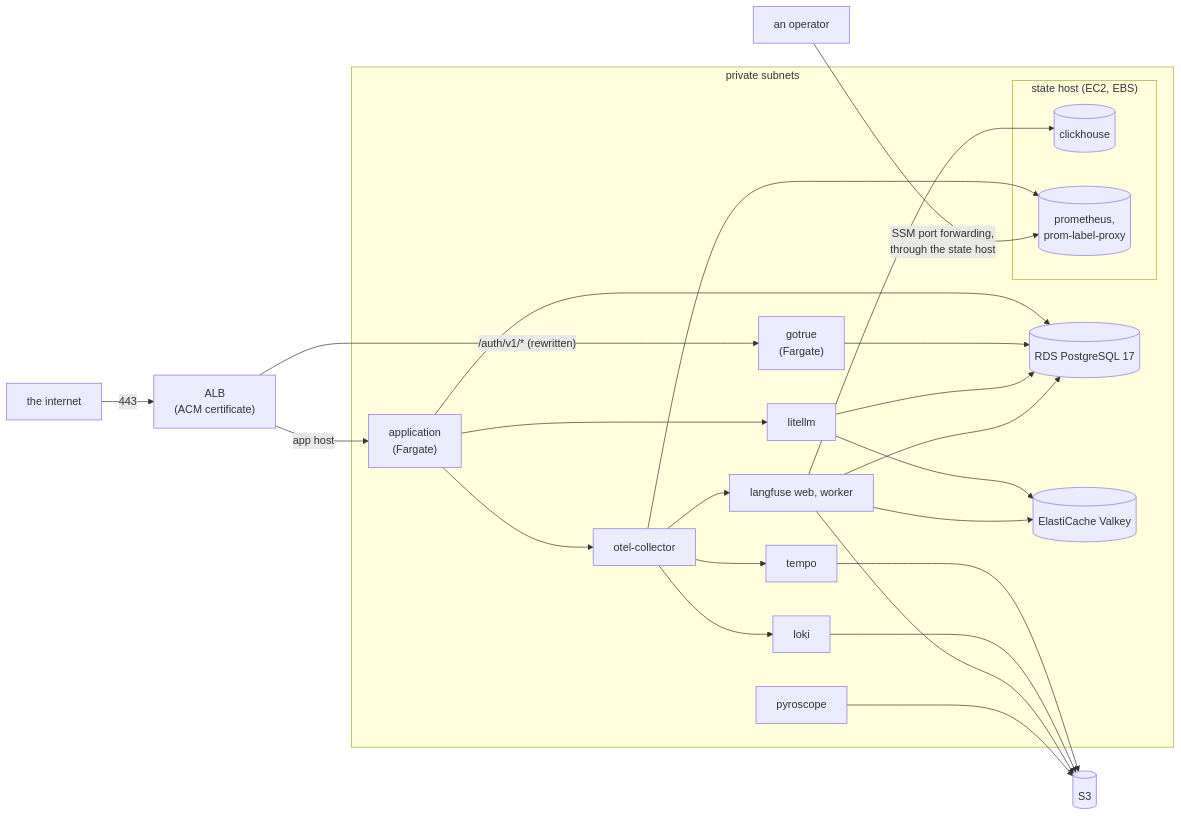
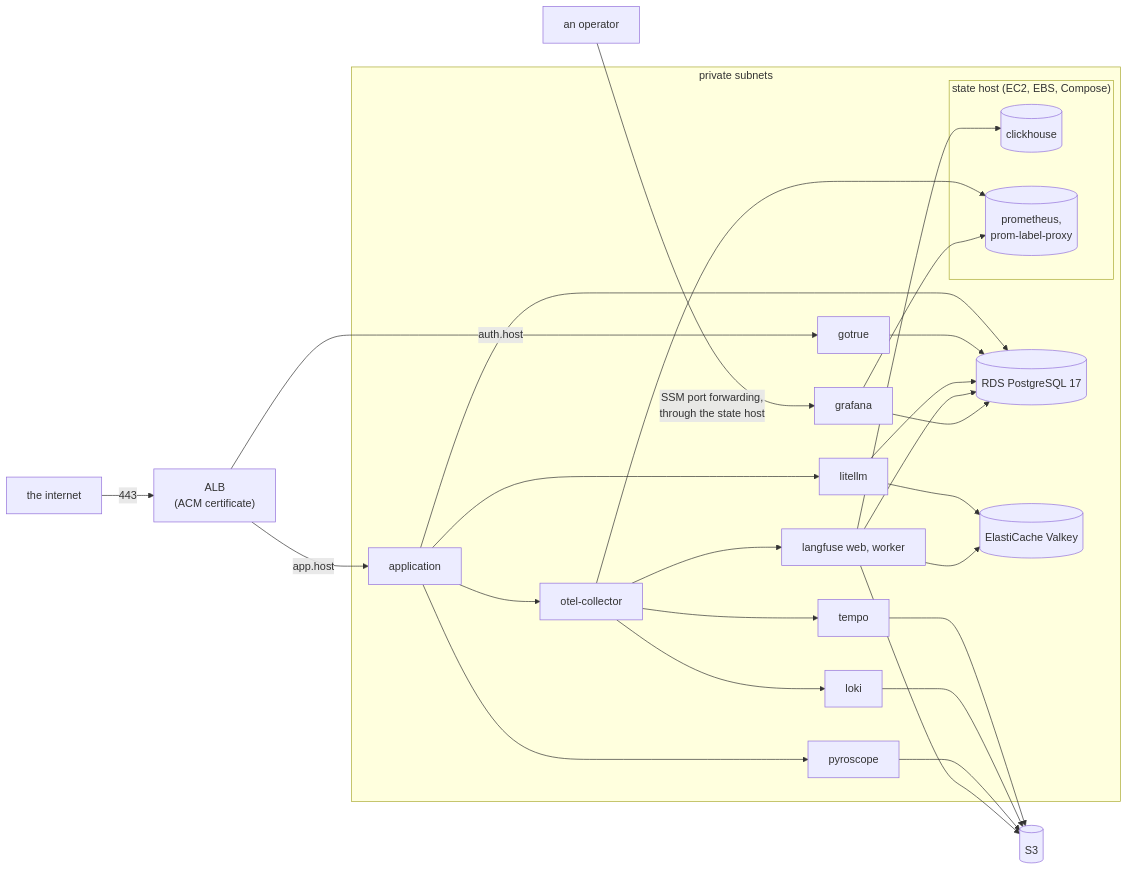
Before and after one commit to alexnodeland/lattice: the second of 2 diagrams in docs/stackr/rfcs/0004-hosting-recipes.md, drawn with Mermaid. The commit also changed other lines of this file and 4 other files, not shown here.

First line of the commit message:
docs(rfc): RFC-0004 after review: a Compose state host, auth.<host>, ADR-0022's two URLs

````diff
--- a/docs/stackr/rfcs/0004-hosting-recipes.md
+++ b/docs/stackr/rfcs/0004-hosting-recipes.md
@@ -104,28 +106,45 @@
 ```mermaid
 graph LR
     internet["the internet"] -- "443" --> alb["ALB<br/>(ACM certificate)"]
-    alb -- "app host" --> app["application<br/>(Fargate)"]
-    alb -- "/auth/v1/* (rewritten)" --> gotrue["gotrue<br/>(Fargate)"]
+    operator["an operator"] -- "SSM port forwarding,<br/>through the state host" --> grafana
     subgraph private["private subnets"]
+        app["application"]
+        gotrue["gotrue"]
         litellm["litellm"]
         collector["otel-collector"]
         tempo["tempo"]
         loki["loki"]
         pyroscope["pyroscope"]
         langfuse["langfuse web, worker"]
+        grafana["grafana"]
         rds[("RDS PostgreSQL 17")]
         valkey[("ElastiCache Valkey")]
-        subgraph state["state host (EC2, EBS)"]
+        subgraph statehost["state host (EC2, EBS, Compose)"]
             clickhouse[("clickhouse")]
             prometheus[("prometheus,<br/>prom-label-proxy")]
         end
-        app --> litellm & collector
-        collector --> tempo & loki & langfuse & prometheus
-        app & gotrue & litellm & langfuse --> rds
-        litellm & langfuse --> valkey
-        langfuse --> clickhouse
     end
     s3[("S3")]
-    tempo & loki & langfuse & pyroscope --> s3
-    operator["an operator"] -- "SSM port forwarding,<br/>through the state host" --> prometheus
+    alb -- "app.host" --> app
+    alb -- "auth.host" --> gotrue
+    app --> litellm
+    app --> collector
+    app --> pyroscope
+    app --> rds
+    gotrue --> rds
+    litellm --> rds
+    litellm --> valkey
+    langfuse --> rds
+    langfuse --> valkey
+    langfuse --> clickhouse
+    collector --> tempo
+    collector --> loki
+    collector --> langfuse
+    collector --> prometheus
+    grafana --> rds
+    grafana --> prometheus
+    tempo --> s3
+    loki --> s3
+    pyroscope --> s3
+    langfuse --> s3
 ```
````
